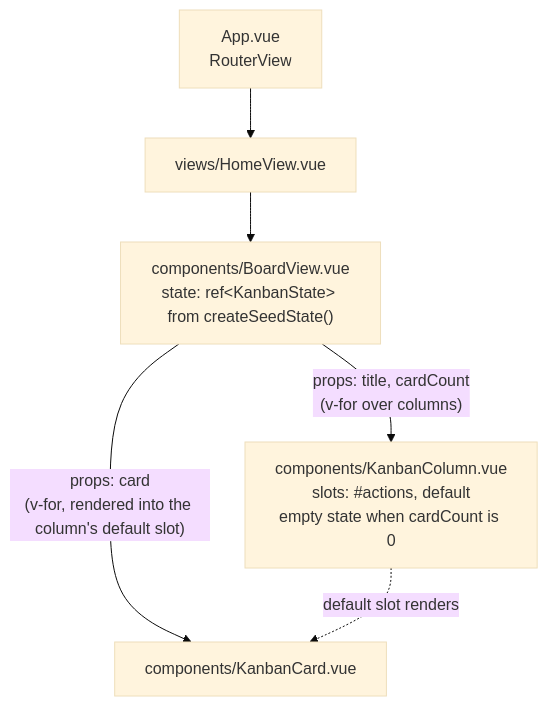
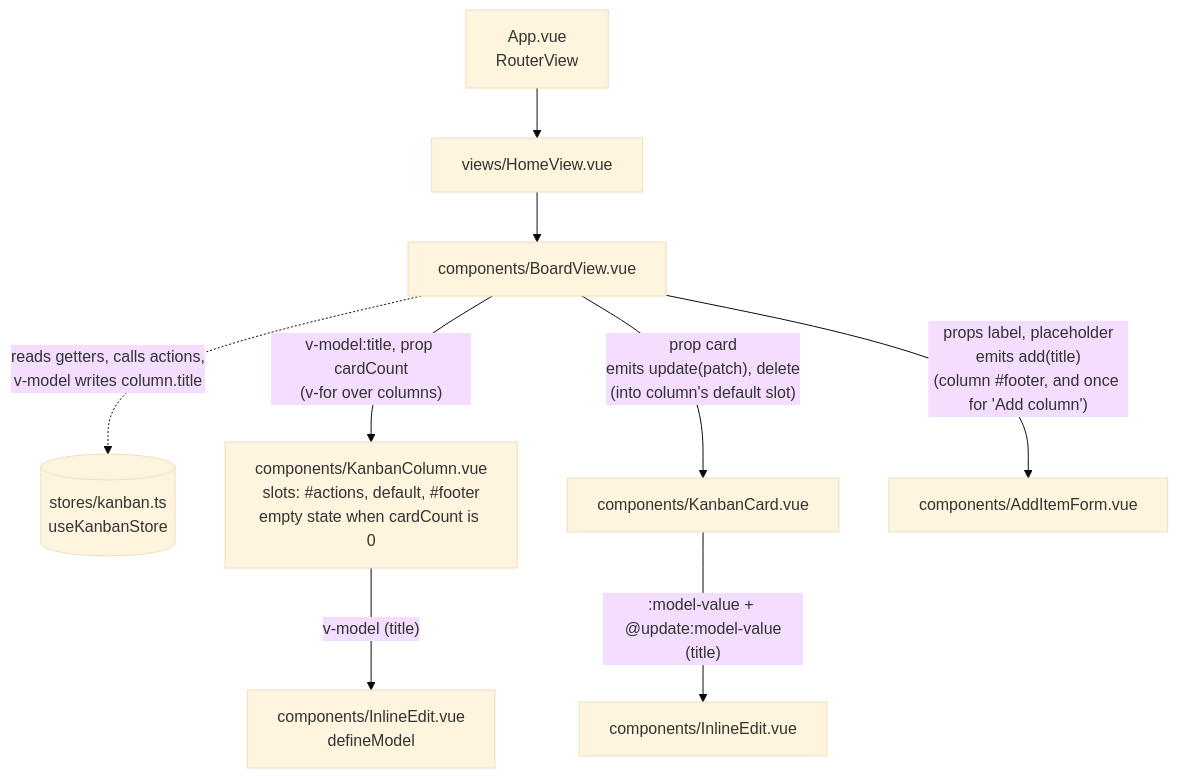
One commit to 0quasarquantum0/Kanban_Vue changed the second of 5 diagrams in docs/architecture.md. Above: the diagram before and after it, drawn with Mermaid (base theme). The commit also changed other lines of this file and 9 other files, not shown here.

Commit message:
phase 2: Pinia store, editing, InlineEdit and store tests

````diff
--- a/docs/architecture.md
+++ b/docs/architecture.md
@@ -22,8 +22,14 @@
 ```mermaid
 flowchart TD
   app["App.vue<br/>RouterView"] --> home["views/HomeView.vue"]
-  home --> board["components/BoardView.vue<br/>state: ref&lt;KanbanState&gt; from createSeedState()"]
-  board -- "props: title, cardCount<br/>(v-for over columns)" --> column["components/KanbanColumn.vue<br/>slots: #actions, default<br/>empty state when cardCount is 0"]
-  board -- "props: card<br/>(v-for, rendered into the column's default slot)" --> card["components/KanbanCard.vue"]
-  column -. "default slot renders" .-> card
+  home --> board["components/BoardView.vue"]
+  store[("stores/kanban.ts<br/>useKanbanStore")]
+  board -. "reads getters, calls actions,<br/>v-model writes column.title" .-> store
+
+  board -- "v-model:title, prop cardCount<br/>(v-for over columns)" --> column["components/KanbanColumn.vue<br/>slots: #actions, default, #footer<br/>empty state when cardCount is 0"]
+  board -- "prop card<br/>emits update(patch), delete<br/>(into column's default slot)" --> card["components/KanbanCard.vue"]
+  board -- "props label, placeholder<br/>emits add(title)<br/>(column #footer, and once for 'Add column')" --> add["components/AddItemForm.vue"]
+
+  column -- "v-model (title)" --> inlineCol["components/InlineEdit.vue<br/>defineModel"]
+  card -- ":model-value + @update:model-value<br/>(title)" --> inlineCard["components/InlineEdit.vue"]
 ```
````
